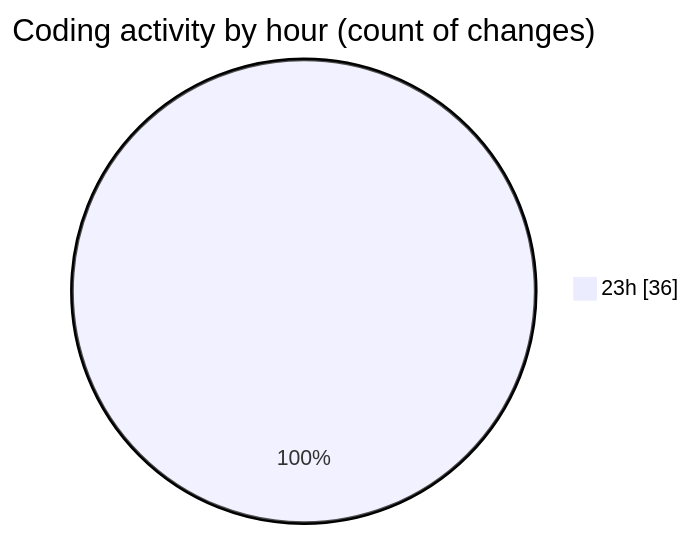
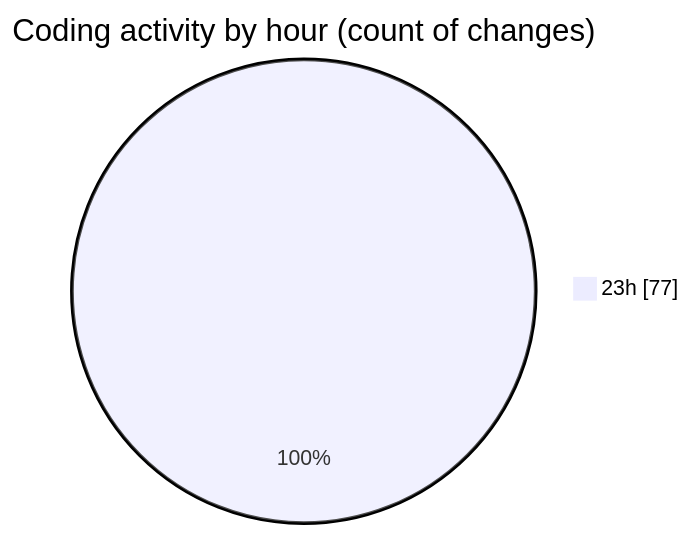
One commit to Ritupan-Deka/code-tracking changed the second of 2 diagrams in 2025-05-25/projects/README.md. Above: the diagram before and after it, drawn with Mermaid. The commit also changed other lines of this file and 1 other file, not shown here.

````diff
--- a/2025-05-25/projects/README.md
+++ b/2025-05-25/projects/README.md
@@ -60,5 +62,5 @@
 ```mermaid
 pie showData
 title Coding activity by hour (count of changes)
-"23h" : 36
+"23h" : 77
 ```
````
